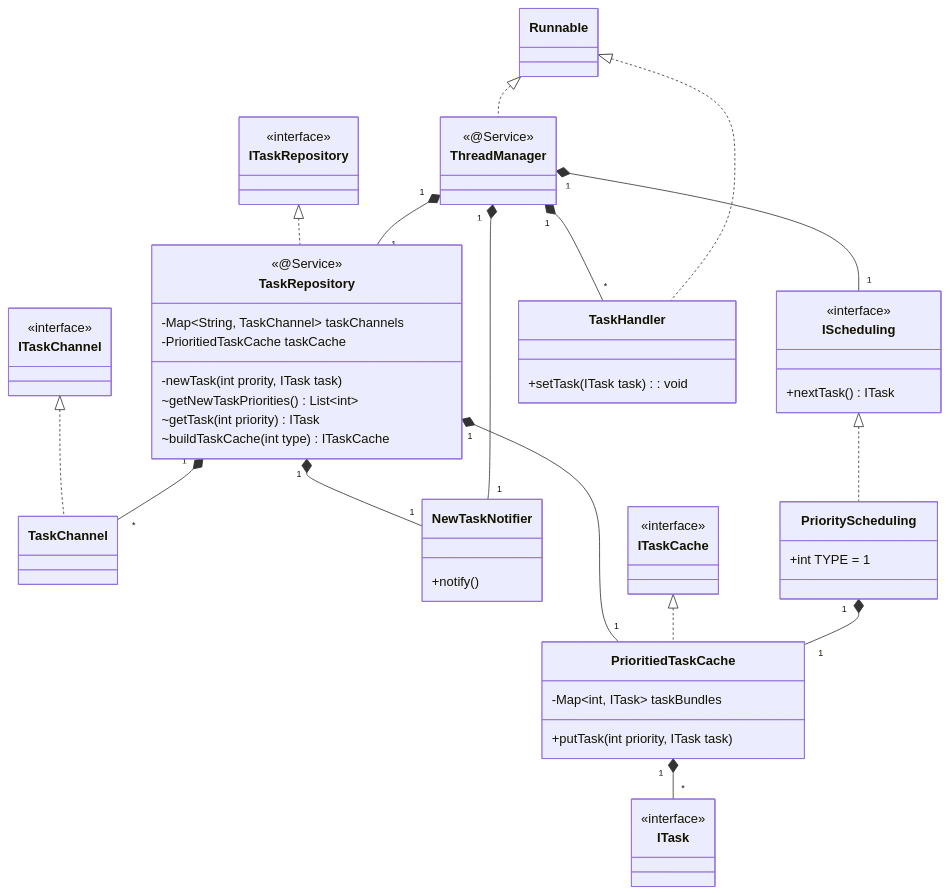
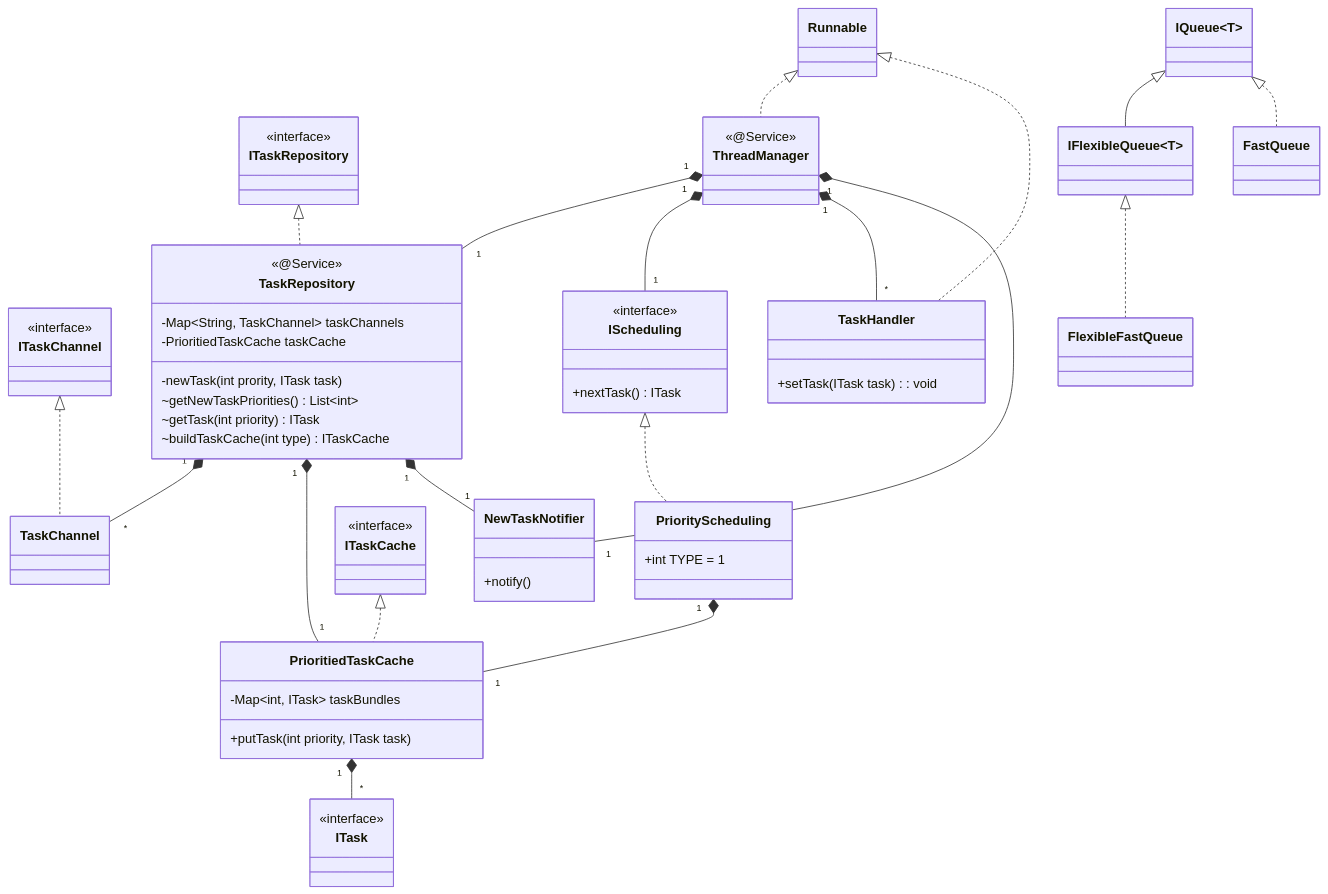
The first of 4 diagrams in design/r2/dd/Unified Thread Management.md (Inactionware/uapi.doc), drawn with Mermaid before and after one commit. The commit also changed other lines of this file and 1 other file, not shown here.

````diff
--- a/design/r2/dd/Unified Thread Management.md
+++ b/design/r2/dd/Unified Thread Management.md
@@ -114,4 +93,16 @@
 	+setTask(ITask task): void
 }
 Runnable <|.. TaskHandler
+
+class IQueue~T~ { }
+
+class IFlexibleQueue~T~ { }
+IQueue <|-- IFlexibleQueue
+
+class FastQueue { }
+IQueue <|.. FastQueue
+
+class FlexibleFastQueue { }
+IFlexibleQueue <|.. FlexibleFastQueue
+
 ```
````
